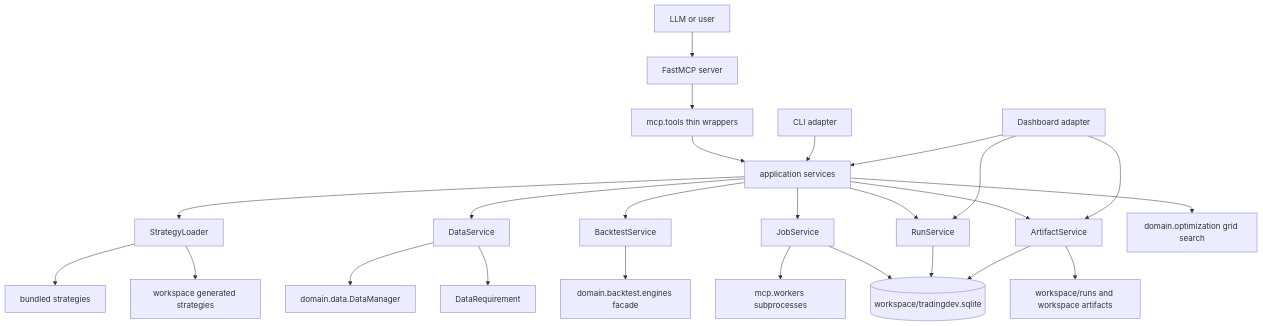
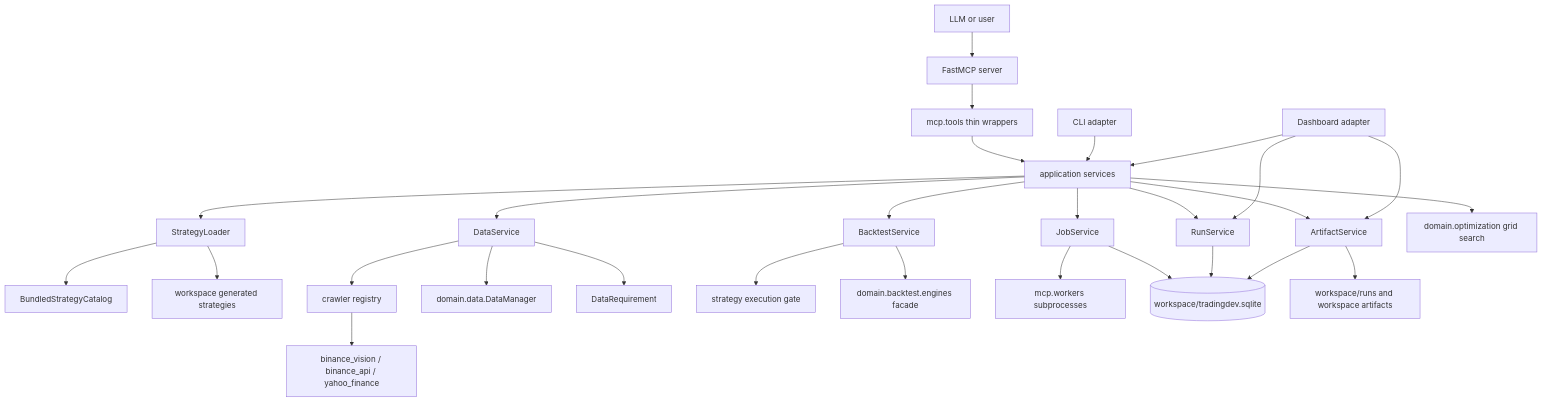
One commit to Kuan-Lun/tradingdev changed the first of 3 diagrams in ARCHITECTURE.md. Above: the diagram before and after it, drawn with Mermaid. The commit also changed other lines of this file and 4 other files, not shown here.

````diff
--- a/ARCHITECTURE.md
+++ b/ARCHITECTURE.md
@@ -48,29 +48,32 @@
 ```mermaid
 flowchart TB
     user[LLM or user] --> mcp[FastMCP server]
     mcp --> tools[mcp.tools thin wrappers]
     tools --> app[application services]
     cli[CLI adapter] --> app
     dashboard[Dashboard adapter] --> app
 
     app --> loader[StrategyLoader]
     app --> data[DataService]
     app --> backtest[BacktestService]
     app --> jobs[JobService]
     app --> runs[RunService]
     app --> artifacts[ArtifactService]
 
-    loader --> bundled[bundled strategies]
+    loader --> catalog[BundledStrategyCatalog]
     loader --> generated[workspace generated strategies]
+    data --> registry[crawler registry]
+    registry --> crawlers[binance_vision / binance_api / yahoo_finance]
     data --> manager[domain.data.DataManager]
     data --> requirements[DataRequirement]
+    backtest --> gate[strategy execution gate]
     backtest --> engines[domain.backtest.engines facade]
     app --> optimization[domain.optimization grid search]
     jobs --> workers[mcp.workers subprocesses]
     jobs --> sqlite[(workspace/tradingdev.sqlite)]
     runs --> sqlite
     artifacts --> sqlite
     artifacts --> files[workspace/runs and workspace artifacts]
     dashboard --> runs
     dashboard --> artifacts
 ```
````
